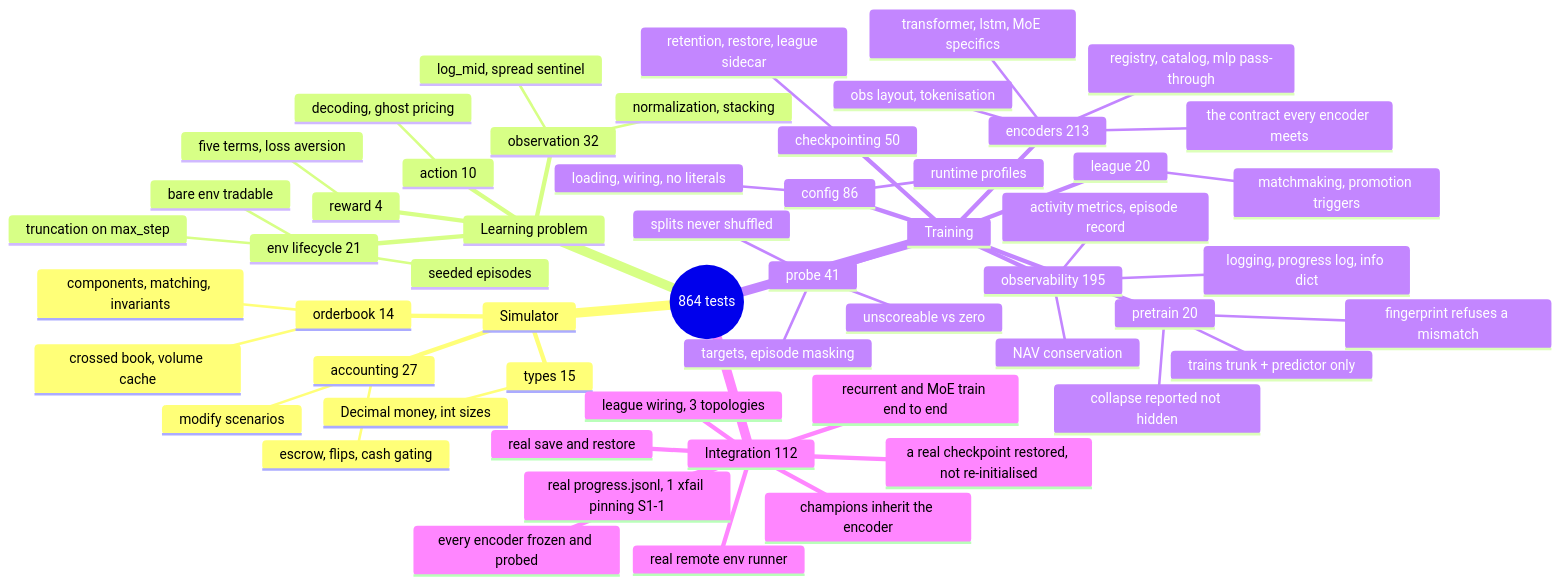
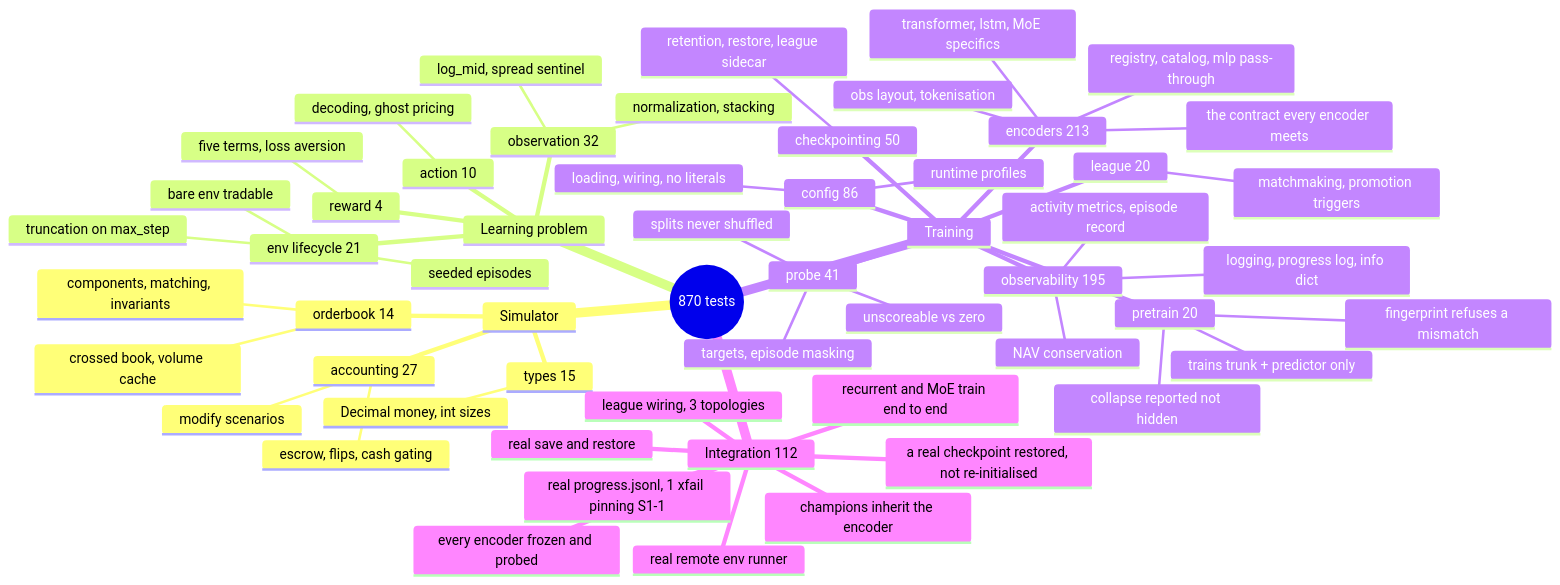
One commit to ChuaCheowHuan/gym-continuousDoubleAuction changed the diagram in doc/10_testing.md. Above: the diagram before and after it, drawn with Mermaid. The commit also changed other lines of this file and 6 other files, not shown here.

````diff
--- a/doc/10_testing.md
+++ b/doc/10_testing.md
@@ -110,59 +110,59 @@
 ```mermaid
 mindmap
-  root((864 tests))
+  root((870 tests))
     Simulator
       orderbook 14
         components, matching, invariants
         crossed book, volume cache
       accounting 27
         escrow, flips, cash gating
         modify scenarios
       types 15
         Decimal money, int sizes
     Learning problem
       observation 32
         normalization, stacking
         log_mid, spread sentinel
       action 10
         decoding, ghost pricing
       reward 4
         five terms, loss aversion
       env lifecycle 21
         bare env tradable
         truncation on max_step
         seeded episodes
     Training
       config 86
         loading, wiring, no literals
         runtime profiles
       checkpointing 50
         retention, restore, league sidecar
       league 20
         matchmaking, promotion triggers
       encoders 213
         registry, catalog, mlp pass-through
         obs layout, tokenisation
         the contract every encoder meets
         transformer, lstm, MoE specifics
       observability 195
         logging, progress log, info dict
         activity metrics, episode record
         NAV conservation
       probe 41
         targets, episode masking
         splits never shuffled
         unscoreable vs zero
       pretrain 20
         trains trunk + predictor only
         collapse reported not hidden
         fingerprint refuses a mismatch
     Integration 112
       league wiring, 3 topologies
       real save and restore
       real progress.jsonl, 1 xfail pinning S1-1
       real remote env runner
       champions inherit the encoder
       recurrent and MoE train end to end
       every encoder frozen and probed
       a real checkpoint restored, not re-initialised
 ```
````
